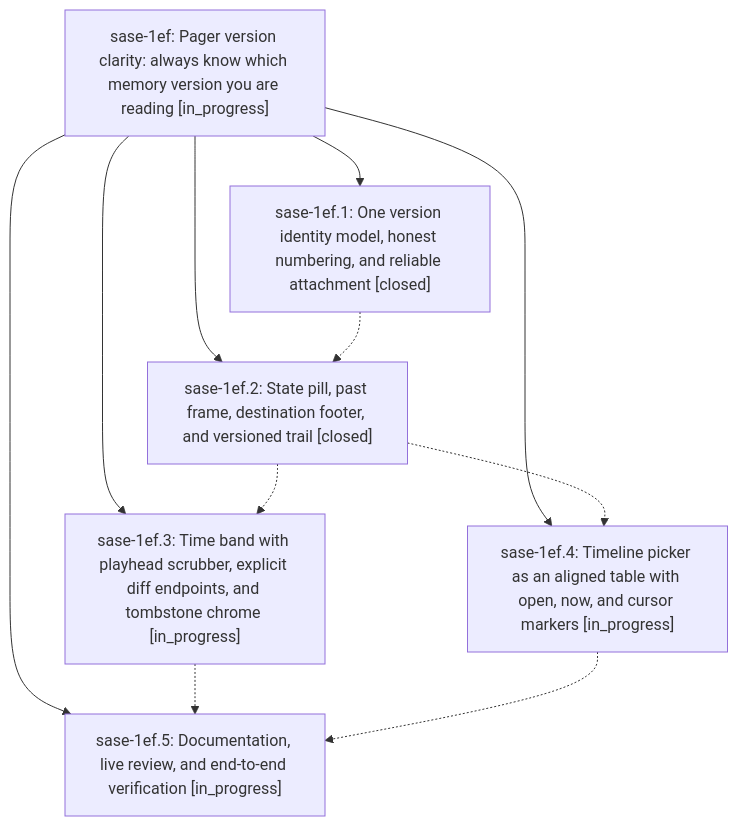
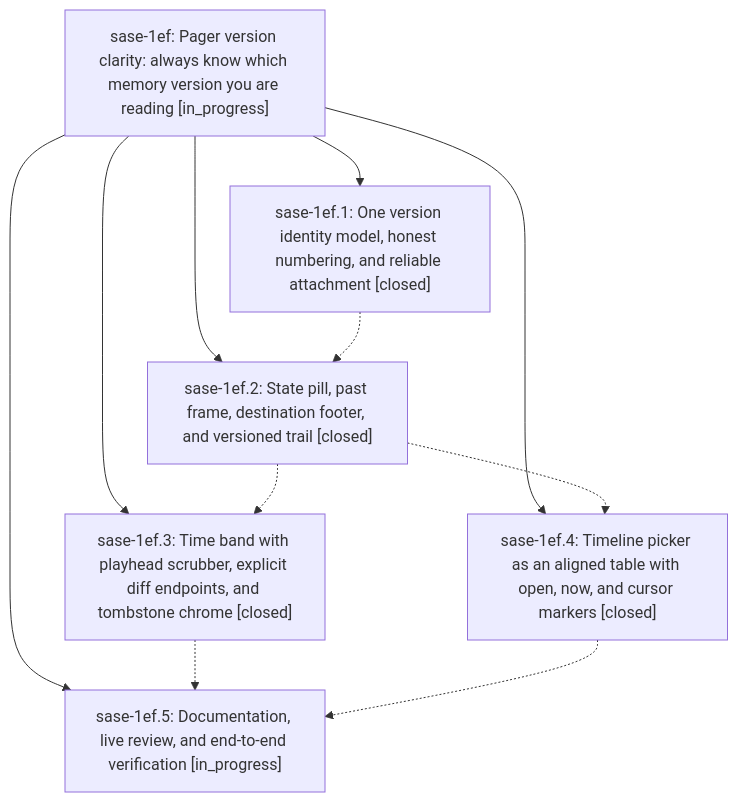
Before and after one commit to sase-org/sase--beads: the diagram in pages/sase-1ef/README.md, drawn with Mermaid. The commit also changed other lines of this file and 4 other files, not shown here.

````diff
--- a/pages/sase-1ef/README.md
+++ b/pages/sase-1ef/README.md
@@ -26,19 +26,19 @@
 ```mermaid
 flowchart TD
     n0["sase-1ef: Pager version clarity: always know which memory version you are reading [in_progress]"]
     n1["sase-1ef.1: One version identity model, honest numbering, and reliable attachment [closed]"]
     n2["sase-1ef.2: State pill, past frame, destination footer, and versioned trail [closed]"]
-    n3["sase-1ef.3: Time band with playhead scrubber, explicit diff endpoints, and tombstone chrome [in_progress]"]
-    n4["sase-1ef.4: Timeline picker as an aligned table with open, now, and cursor markers [in_progress]"]
+    n3["sase-1ef.3: Time band with playhead scrubber, explicit diff endpoints, and tombstone chrome [closed]"]
+    n4["sase-1ef.4: Timeline picker as an aligned table with open, now, and cursor markers [closed]"]
     n5["sase-1ef.5: Documentation, live review, and end-to-end verification [in_progress]"]
     n0 --> n1
     n0 --> n2
     n0 --> n3
     n0 --> n4
     n0 --> n5
     n1 -.-> n2
     n2 -.-> n3
     n2 -.-> n4
     n3 -.-> n5
     n4 -.-> n5
 ```
````
